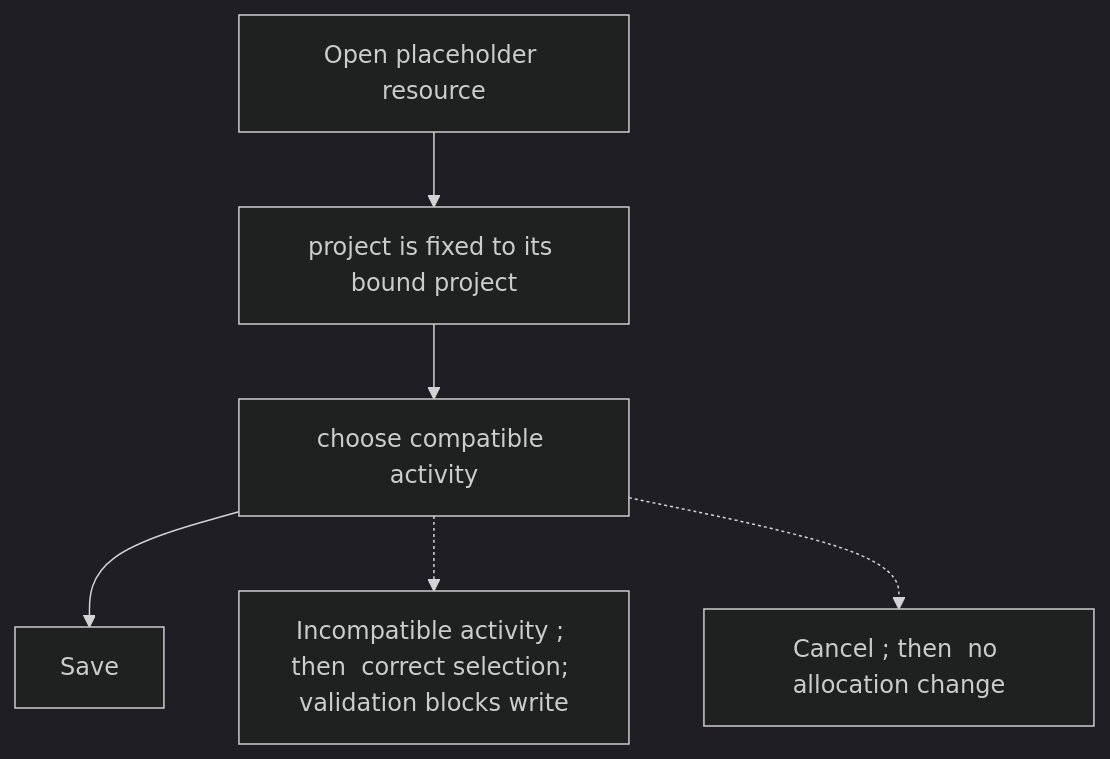
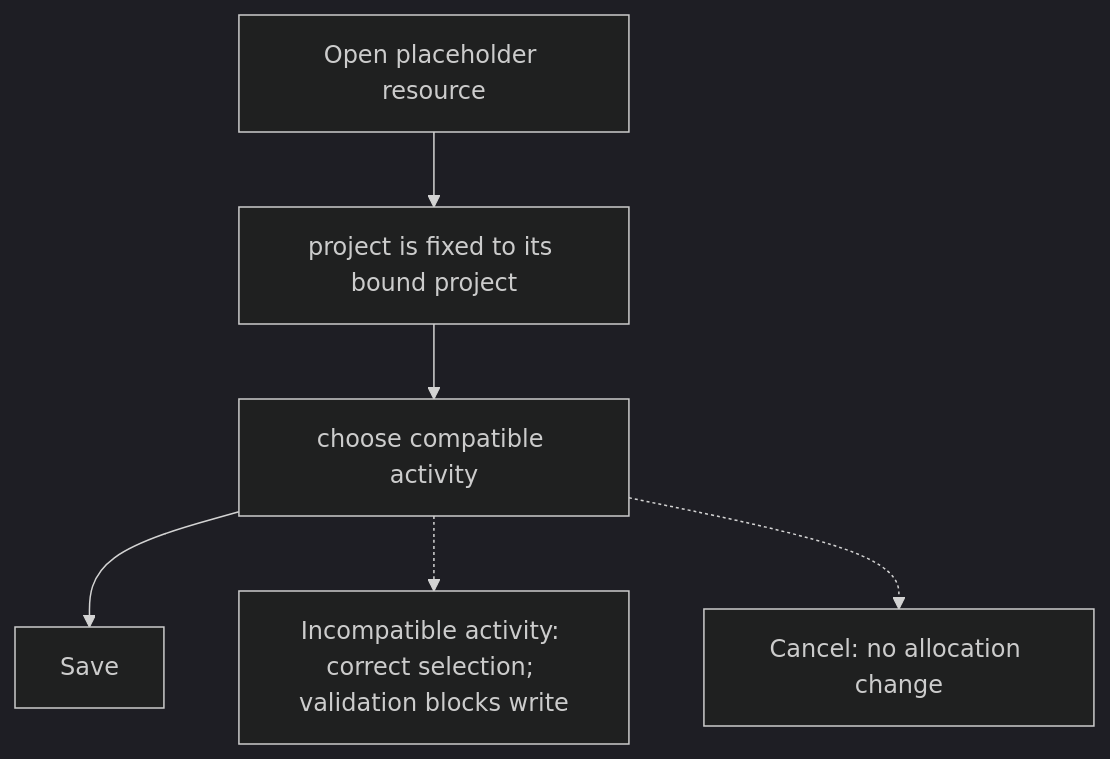
Before and after one commit to Kevinjohn/capacitylens: the first of 2 diagrams in user-stories/allocation/US-ALL-07-placeholder-locks-project.md, drawn with Mermaid (dark theme). The commit also changed 119 other files, not shown here.

First line of the commit message:
docs: correct story text and flow diagrams against current source

````diff
--- a/user-stories/allocation/US-ALL-07-placeholder-locks-project.md
+++ b/user-stories/allocation/US-ALL-07-placeholder-locks-project.md
@@ -24,14 +24,14 @@
 ```mermaid
 flowchart TD
   N1["Open placeholder resource"]
   N2["project is fixed to its bound project"]
   N3["choose compatible activity"]
   N4["Save"]
-  B1["Incompatible activity ; then  correct selection; validation blocks write"]
-  B2["Cancel ; then  no allocation change"]
+  B1["Incompatible activity: correct selection; validation blocks write"]
+  B2["Cancel: no allocation change"]
   N1 --> N2
   N2 --> N3
   N3 --> N4
   N3 -.-> B1
   N3 -.-> B2
 ```
````
